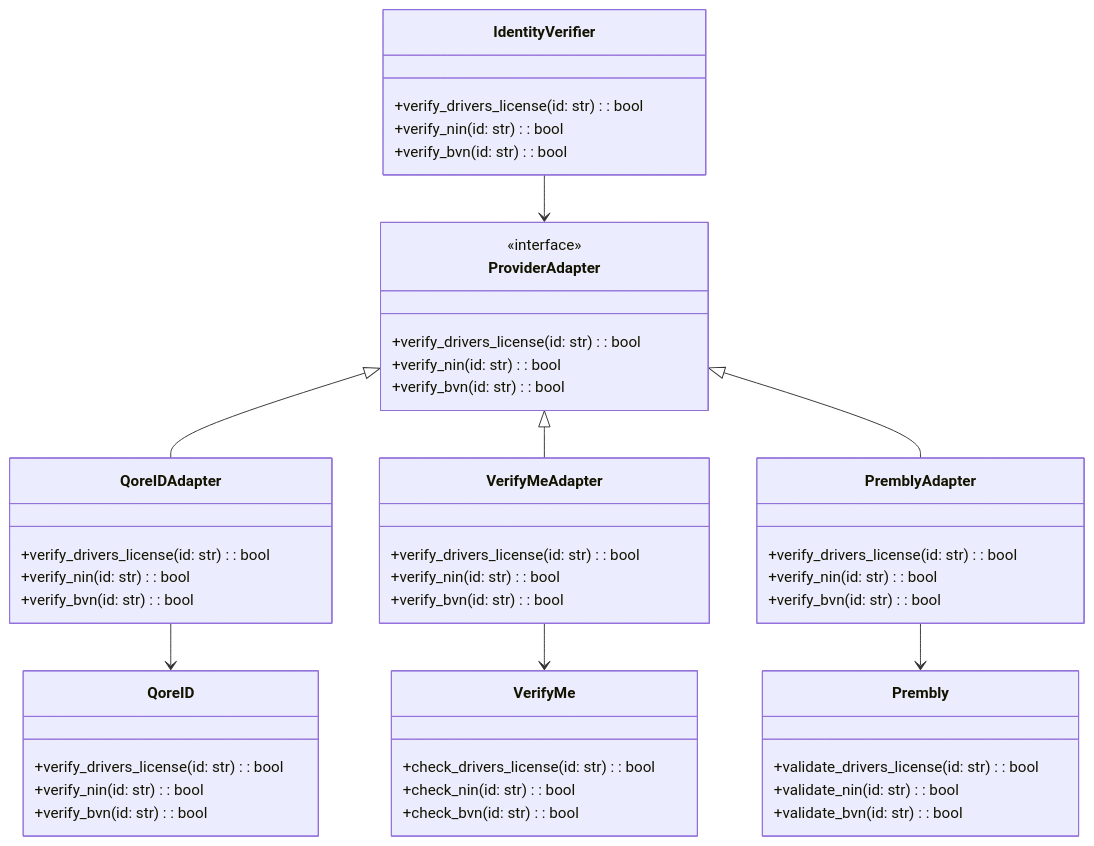
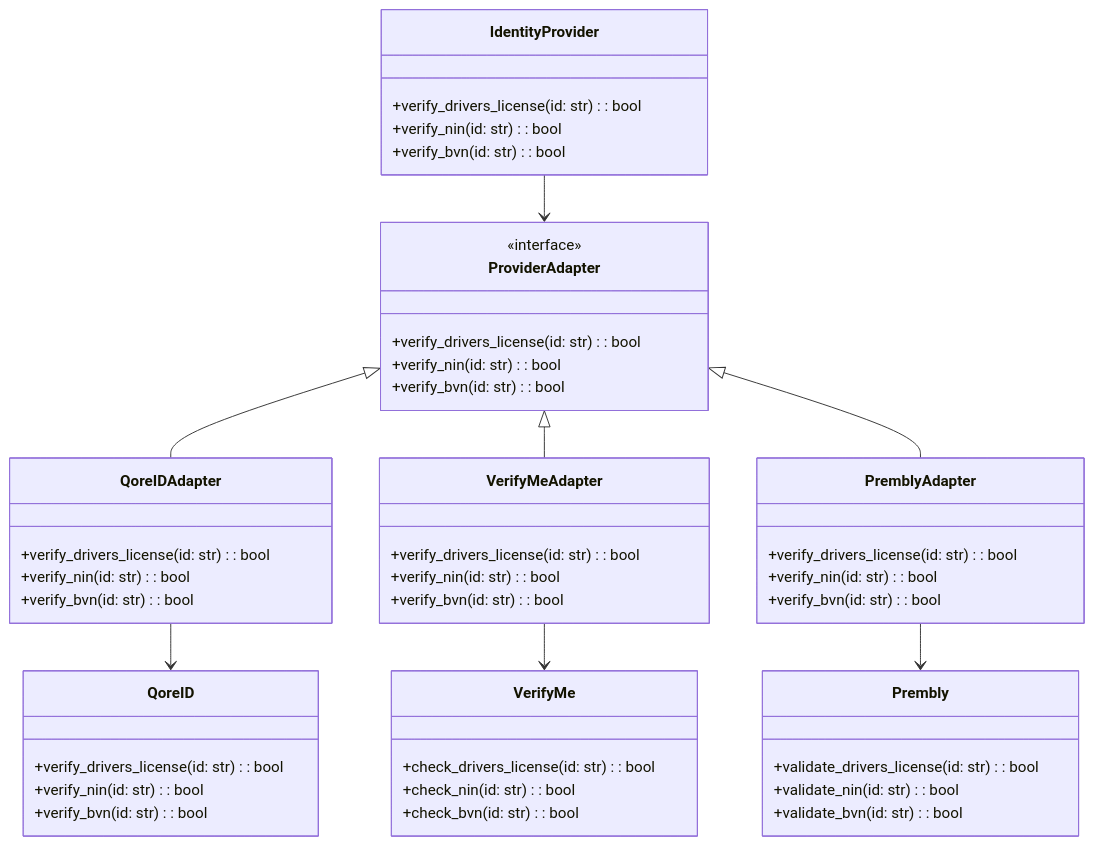
Before and after one commit to adilimudassir/design-patterns: the diagram in adapter-patterns/README.md, drawn with Mermaid.

````diff
--- a/adapter-patterns/README.md
+++ b/adapter-patterns/README.md
@@ -1,63 +1,63 @@
 ```mermaid
 classDiagram
     direction TD
 
-    class IdentityVerifier {
+    class IdentityProvider {
         +verify_drivers_license(id: str) : bool
         +verify_nin(id: str) : bool
         +verify_bvn(id: str) : bool
     }
 
     class ProviderAdapter {
         <<interface>>
         +verify_drivers_license(id: str) : bool
         +verify_nin(id: str) : bool
         +verify_bvn(id: str) : bool
     }
 
     class QoreID {
         +verify_drivers_license(id: str) : bool
         +verify_nin(id: str) : bool
         +verify_bvn(id: str) : bool
     }
 
     class VerifyMe {
         +check_drivers_license(id: str) : bool
         +check_nin(id: str) : bool
         +check_bvn(id: str) : bool
     }
 
     class Prembly {
         +validate_drivers_license(id: str) : bool
         +validate_nin(id: str) : bool
         +validate_bvn(id: str) : bool
     }
 
     class QoreIDAdapter {
         +verify_drivers_license(id: str) : bool
         +verify_nin(id: str) : bool
         +verify_bvn(id: str) : bool
     }
 
     class VerifyMeAdapter {
         +verify_drivers_license(id: str) : bool
         +verify_nin(id: str) : bool
         +verify_bvn(id: str) : bool
     }
 
     class PremblyAdapter {
         +verify_drivers_license(id: str) : bool
         +verify_nin(id: str) : bool
         +verify_bvn(id: str) : bool
     }
 
-    IdentityVerifier --> ProviderAdapter
+    IdentityProvider --> ProviderAdapter
     ProviderAdapter <|-- QoreIDAdapter
     ProviderAdapter <|-- VerifyMeAdapter
     ProviderAdapter <|-- PremblyAdapter
 
     QoreIDAdapter --> QoreID
     VerifyMeAdapter --> VerifyMe
     PremblyAdapter --> Prembly
 
 ```
````
